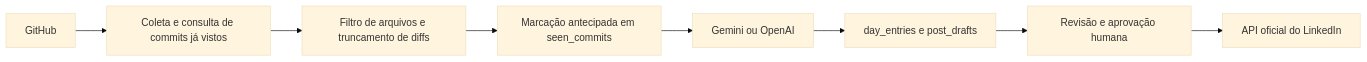
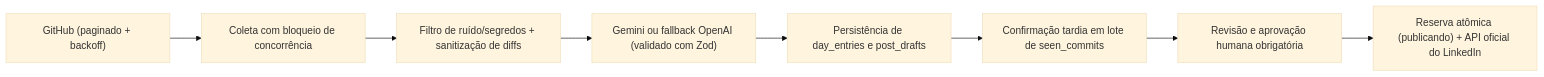
The diagram in README.md (henriqueCIC/automacao-linkedin), drawn with Mermaid (base theme) before and after one commit. The commit also changed other lines of this file and 22 other files, not shown here.

````diff
--- a/README.md
+++ b/README.md
@@ -24,10 +24,10 @@
 ```mermaid
 flowchart LR
-  A[GitHub] --> B[Coleta e consulta de commits já vistos]
-  B --> C[Filtro de arquivos e truncamento de diffs]
-  C --> D[Marcação antecipada em seen_commits]
-  D --> E[Gemini ou OpenAI]
-  E --> F[day_entries e post_drafts]
-  F --> G[Revisão e aprovação humana]
-  G --> H[API oficial do LinkedIn]
+  A["GitHub (paginado + backoff)"] --> B["Coleta com bloqueio de concorrência"]
+  B --> C["Filtro de ruído/segredos + sanitização de diffs"]
+  C --> D["Gemini ou fallback OpenAI (validado com Zod)"]
+  D --> E["Persistência de day_entries e post_drafts"]
+  E --> F["Confirmação tardia em lote de seen_commits"]
+  F --> G["Revisão e aprovação humana obrigatória"]
+  G --> H["Reserva atômica (publicando) + API oficial do LinkedIn"]
 ```
````
